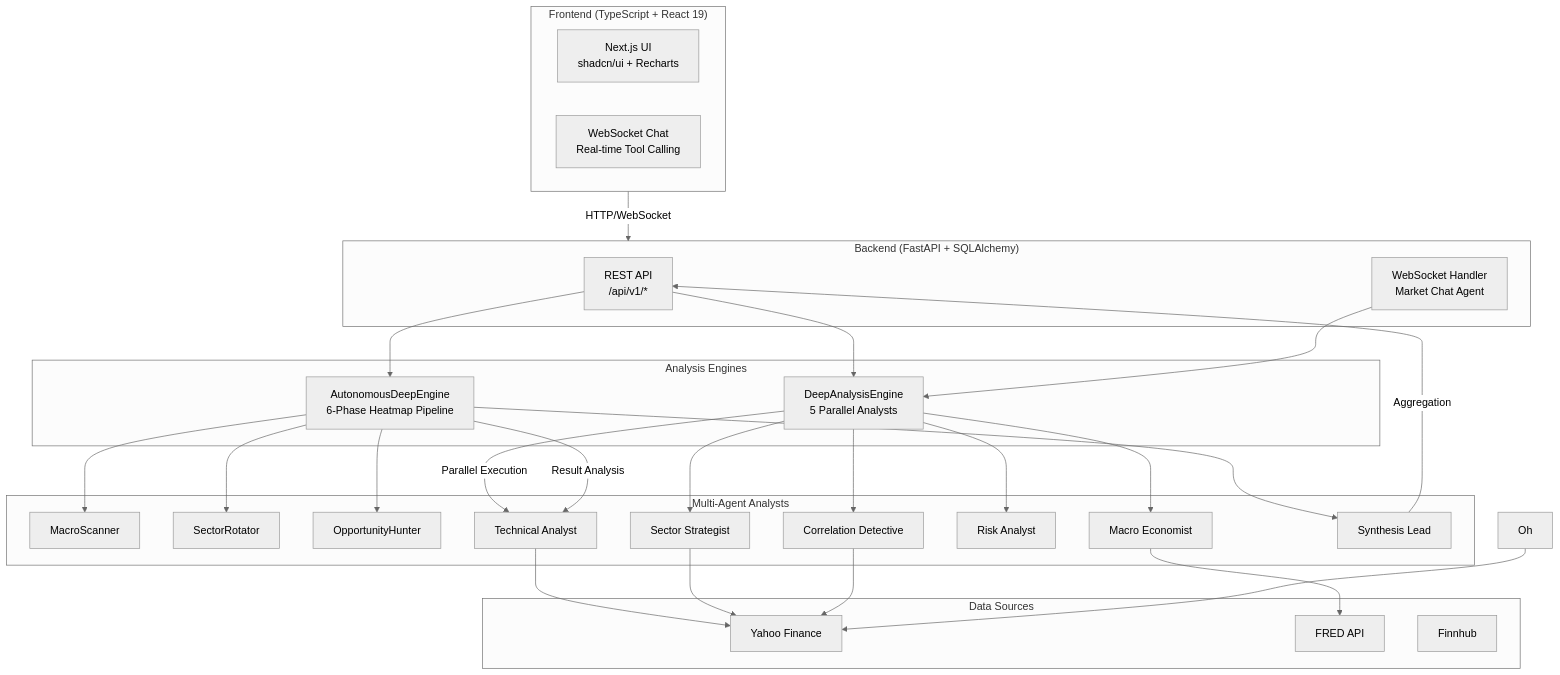
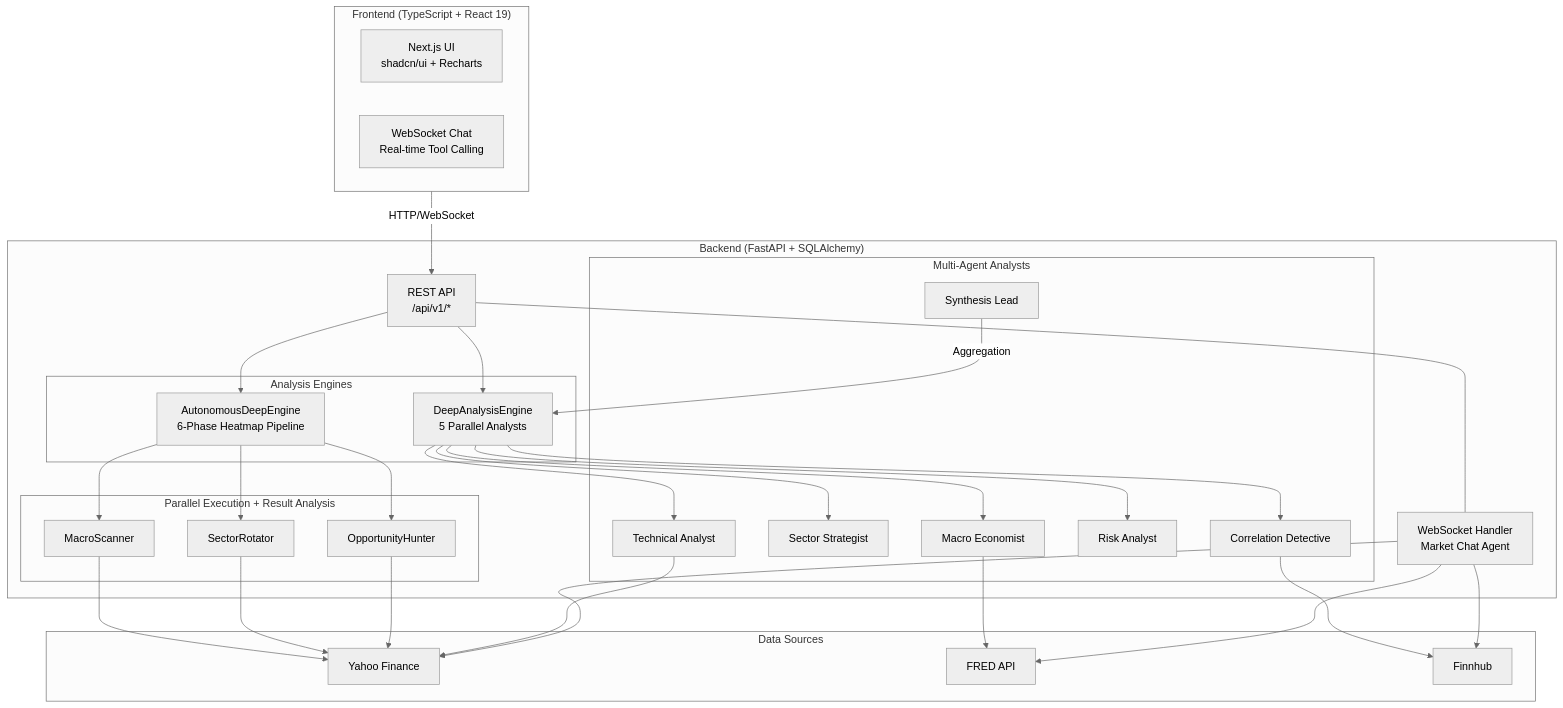
Before and after one commit to barkain/teletraan: the first of 2 diagrams in README.md, drawn with Mermaid (neutral theme). The commit also changed 9 other files, not shown here.

First line of the commit message:
perf: optimize autonomous analysis pipeline for ~60% faster execution

````diff
--- a/README.md
+++ b/README.md
@@ -38,59 +38,66 @@
 ```mermaid
-flowchart TB
+graph TB
     subgraph Frontend["Frontend (TypeScript + React 19)"]
         UI["Next.js UI<br/>shadcn/ui + Recharts"]
-        Chat["WebSocket Chat<br/>Real-time Tool Calling"]
+        WSChat["WebSocket Chat<br/>Real-time Tool Calling"]
     end
+
+    Frontend -->|"HTTP/WebSocket"| API
 
     subgraph Backend["Backend (FastAPI + SQLAlchemy)"]
         API["REST API<br/>/api/v1/*"]
-        WS["WebSocket Handler<br/>Market Chat Agent"]
-    end
+        WSHandler["WebSocket Handler<br/>Market Chat Agent"]
 
-    subgraph AnalysisEngines["Analysis Engines"]
-        Deep["DeepAnalysisEngine<br/>5 Parallel Analysts"]
-        Auto["AutonomousDeepEngine<br/>6-Phase Heatmap Pipeline"]
-    end
+        API --- WSHandler
 
-    subgraph Agents["Multi-Agent Analysts"]
-        M["MacroScanner"]
-        SR["SectorRotator"]
-        OH["OpportunityHunter"]
-        T["Technical Analyst"]
-        SS["Sector Strategist"]
-        MA["Macro Economist"]
-        RA["Risk Analyst"]
-        CD["Correlation Detective"]
-        SL["Synthesis Lead"]
+        subgraph Engines["Analysis Engines"]
+            ADE["AutonomousDeepEngine<br/>6-Phase Heatmap Pipeline"]
+            DAE["DeepAnalysisEngine<br/>5 Parallel Analysts"]
+        end
+
+        API --> ADE
+        API --> DAE
+
+        subgraph Autonomous["Parallel Execution + Result Analysis"]
+            MS["MacroScanner"]
+            SR["SectorRotator"]
+            OH["OpportunityHunter"]
+        end
+
+        ADE --> MS
+        ADE --> SR
+        ADE --> OH
+
+        subgraph MultiAgent["Multi-Agent Analysts"]
+            TA["Technical Analyst"]
+            SS["Sector Strategist"]
+            CD["Correlation Detective"]
+            RA["Risk Analyst"]
+            ME["Macro Economist"]
+            SL["Synthesis Lead"]
+        end
+
+        DAE --> TA
+        DAE --> SS
+        DAE --> CD
+        DAE --> RA
+        DAE --> ME
+        SL -->|"Aggregation"| DAE
     end
 
     subgraph DataSources["Data Sources"]
         YF["Yahoo Finance"]
         FRED["FRED API"]
         FH["Finnhub"]
     end
 
-    Frontend -->|HTTP/WebSocket| Backend
-    API --> Deep
-    API --> Auto
-    WS --> Deep
-
-    Deep -->|Parallel Execution| T
-    Deep --> SS
-    Deep --> MA
-    Deep --> RA
-    Deep --> CD
-
-    Auto --> M
-    Auto --> SR
-    Auto --> OH
-    Auto -->|Result Analysis| T
-    Auto --> SL
-
-    T --> YF
-    SS --> YF
-    MA --> FRED
-    CD --> YF
-    Oh --> YF
-    SL --> |Aggregation| API
+    MS --> YF
+    SR --> YF
+    OH --> YF
+    TA --> YF
+    ME --> FRED
+    CD --> FH
+    WSHandler --> YF
+    WSHandler --> FRED
+    WSHandler --> FH
 ```
````
